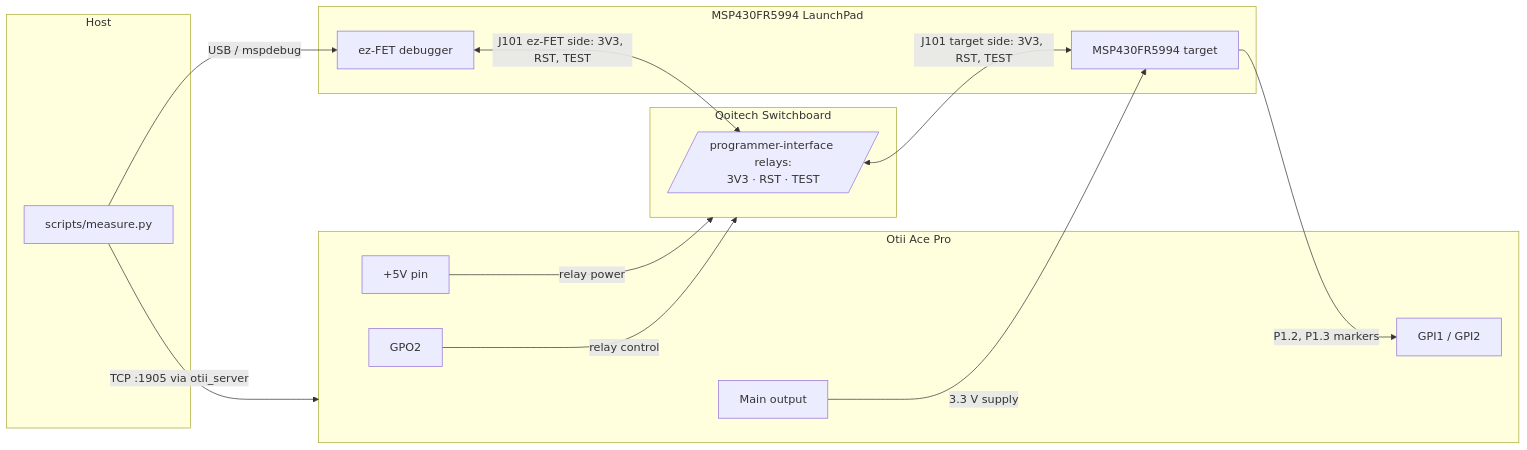
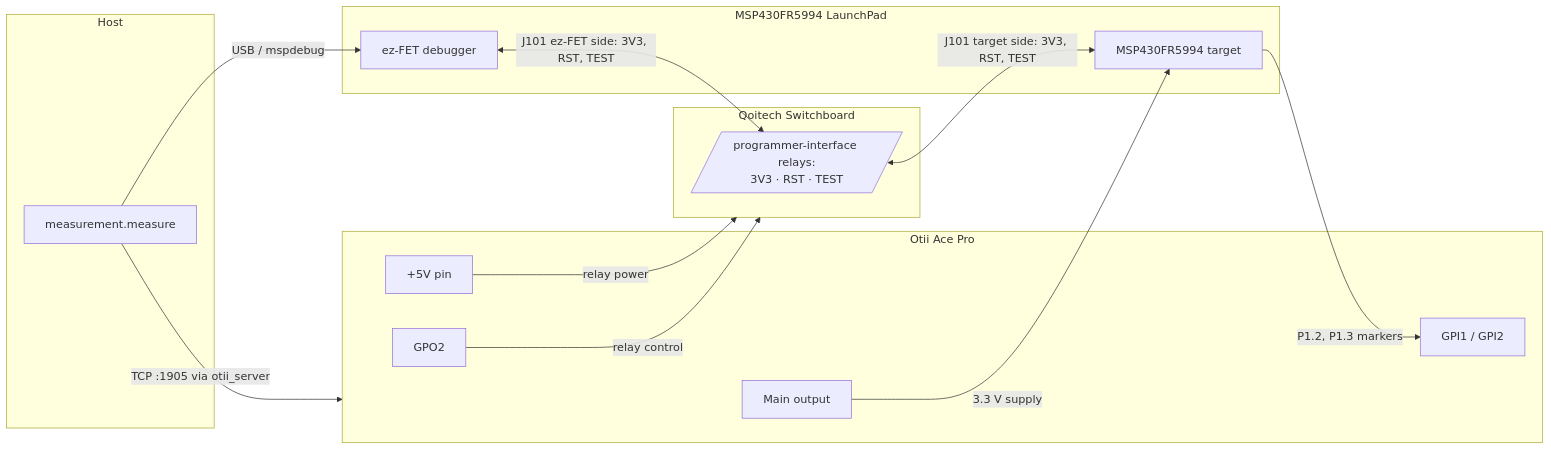
One commit to byeongjee/msp430-energy-model changed the diagram in docs/measurement_setup.md. Above: the diagram before and after it, drawn with Mermaid. The commit also changed other lines of this file and 47 other files, not shown here.

````diff
--- a/docs/measurement_setup.md
+++ b/docs/measurement_setup.md
@@ -24,31 +24,31 @@
 ```mermaid
 flowchart LR
     subgraph HOST[Host]
-        measure[scripts/measure.py]
+        measure[measurement.measure]
     end
 
     subgraph OTII[Otii Ace Pro]
         main[Main output]
         p5v[+5V pin]
         gpo2[GPO2]
         gpi[GPI1 / GPI2]
     end
 
     subgraph SB[Qoitech Switchboard]
         relay[/"programmer-interface relays:<br/>3V3 · RST · TEST"/]
     end
 
     subgraph LP[MSP430FR5994 LaunchPad]
         ezfet[ez-FET debugger]
         mcu[MSP430FR5994 target]
     end
 
     measure -->|USB / mspdebug| ezfet
     measure -->|TCP :1905 via otii_server| OTII
     main -->|3.3 V supply| mcu
     p5v -->|relay power| SB
     gpo2 -->|relay control| SB
     ezfet <-->|"J101 ez-FET side: 3V3, RST, TEST"| relay
     relay <-->|"J101 target side: 3V3, RST, TEST"| mcu
     mcu -->|"P1.2, P1.3 markers"| gpi
 ```
````
